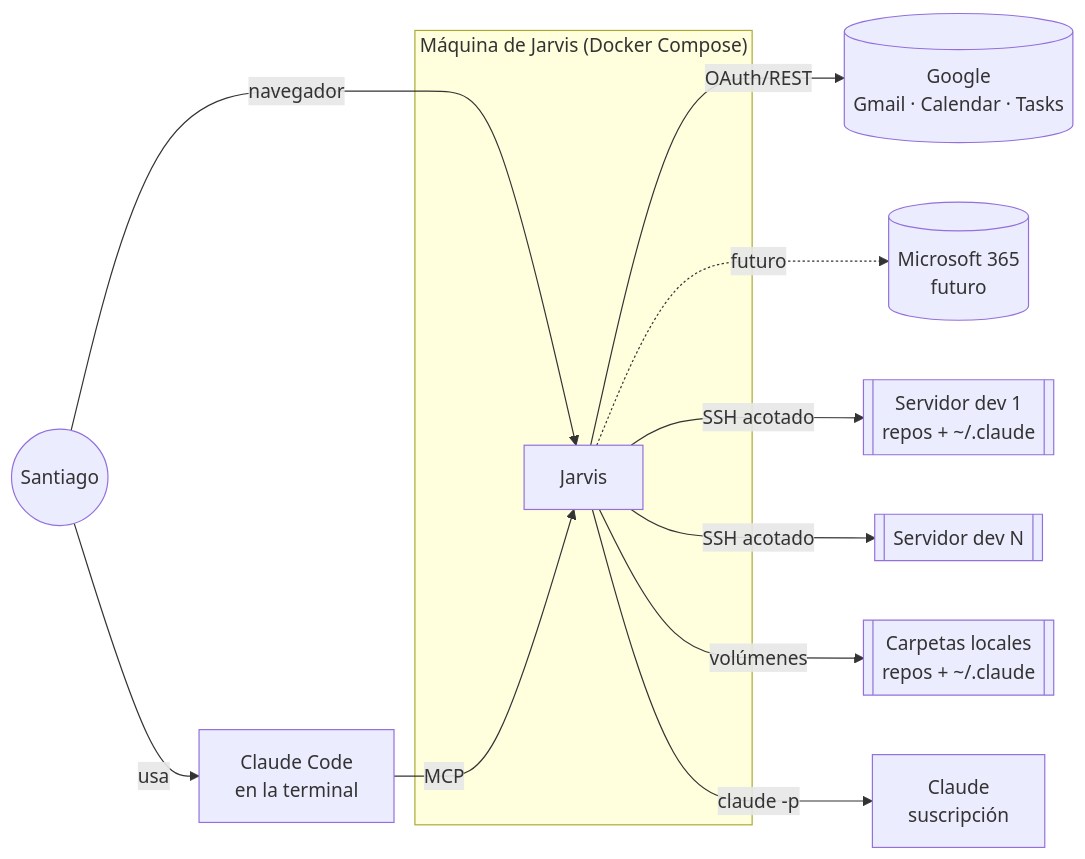
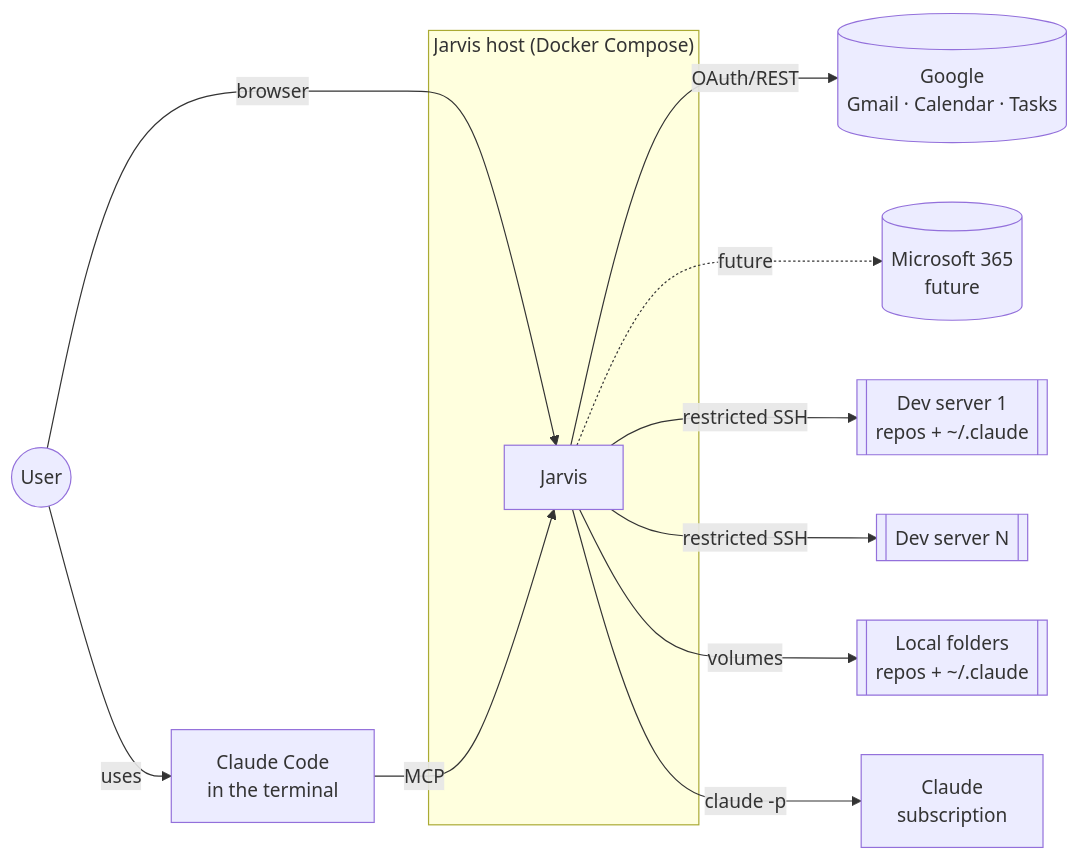
One commit to srovere/jarvis changed the first of 9 diagrams in docs/architecture.md. Above: the diagram before and after it, drawn with Mermaid. The commit also changed other lines of this file and 68 other files, not shown here.

First line of the commit message:
chore: translate code, user-facing strings and docs to English

````diff
--- a/docs/architecture.md
+++ b/docs/architecture.md
@@ -10,24 +10,24 @@
 ```mermaid
 flowchart LR
-  U((Santiago))
-  subgraph Host["Máquina de Jarvis (Docker Compose)"]
+  U((User))
+  subgraph Host["Jarvis host (Docker Compose)"]
     J[Jarvis]
   end
-  CC[Claude Code<br/>en la terminal]
+  CC[Claude Code<br/>in the terminal]
   G[(Google<br/>Gmail · Calendar · Tasks)]
-  MS[(Microsoft 365<br/>futuro)]
-  S1[[Servidor dev 1<br/>repos + ~/.claude]]
-  S2[[Servidor dev N]]
-  L[[Carpetas locales<br/>repos + ~/.claude]]
-  AI[Claude<br/>suscripción]
+  MS[(Microsoft 365<br/>future)]
+  S1[[Dev server 1<br/>repos + ~/.claude]]
+  S2[[Dev server N]]
+  L[[Local folders<br/>repos + ~/.claude]]
+  AI[Claude<br/>subscription]
 
-  U -- navegador --> J
-  U -- usa --> CC
+  U -- browser --> J
+  U -- uses --> CC
   CC -- MCP --> J
   J -- OAuth/REST --> G
-  J -. futuro .-> MS
-  J -- SSH acotado --> S1
-  J -- SSH acotado --> S2
-  J -- volúmenes --> L
+  J -. future .-> MS
+  J -- restricted SSH --> S1
+  J -- restricted SSH --> S2
+  J -- volumes --> L
   J -- claude -p --> AI
 ```
````
